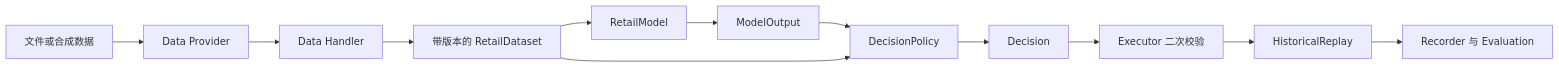
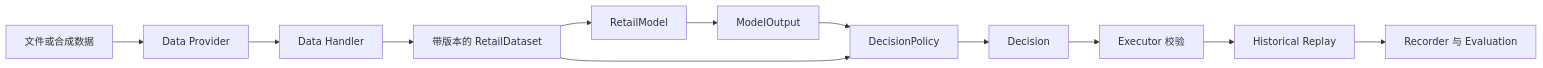
The diagram in README.zh-CN.md (aoezhb/instant-retail-brain), drawn with Mermaid before and after one commit. The commit also changed other lines of this file and 25 other files, not shown here.

````diff
--- a/README.zh-CN.md
+++ b/README.zh-CN.md
@@ -45,14 +110,14 @@
 ```mermaid
 flowchart LR
     A[文件或合成数据] --> B[Data Provider]
     B --> C[Data Handler]
     C --> D[带版本的 RetailDataset]
     D --> E[RetailModel]
     E --> F[ModelOutput]
     F --> G[DecisionPolicy]
     D --> G
     G --> H[Decision]
-    H --> I[Executor 二次校验]
-    I --> J[HistoricalReplay]
+    H --> I[Executor 校验]
+    I --> J[Historical Replay]
     J --> K[Recorder 与 Evaluation]
 ```
````
